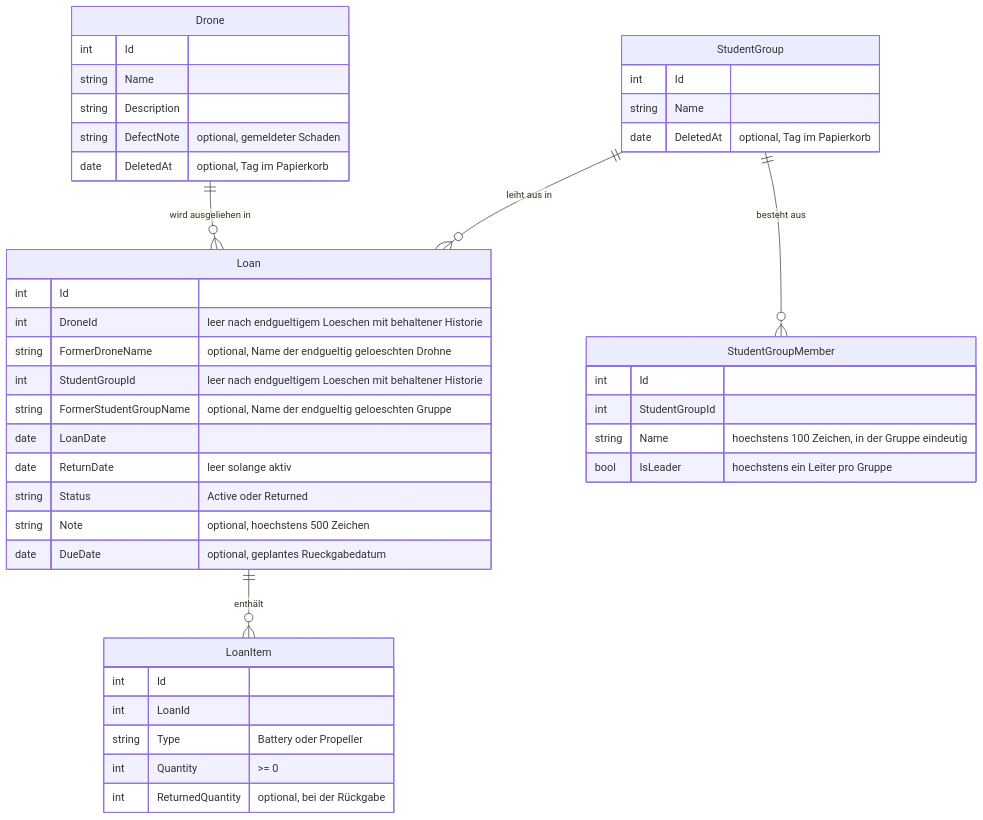
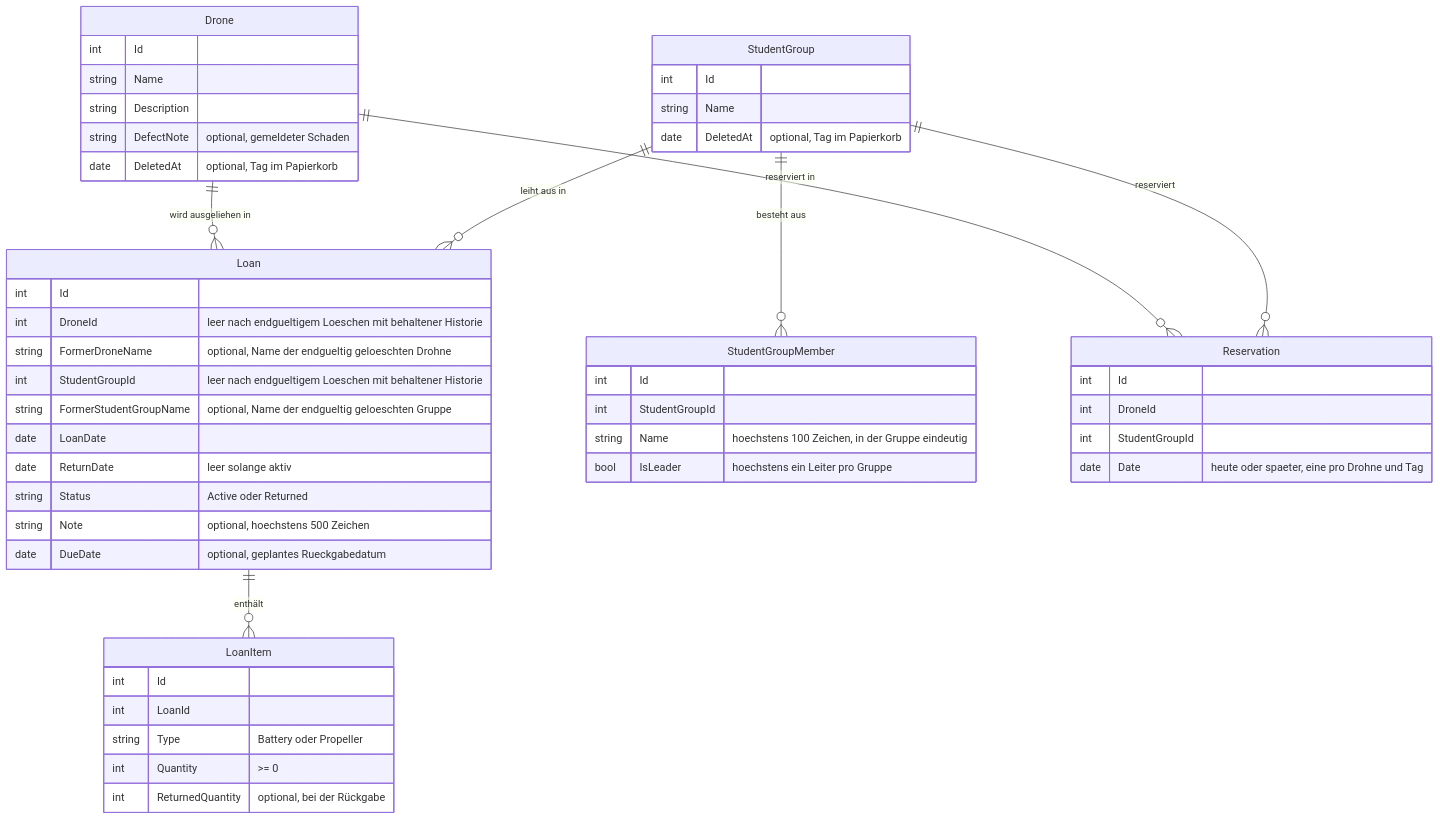
One commit to AntonGschwendtner/Drohnenverwaltung_Gschwendtner_Sonnleitner changed the diagram in docs/domain-model.md. Above: the diagram before and after it, drawn with Mermaid. The commit also changed other lines of this file and 5 other files, not shown here.

````diff
--- a/docs/domain-model.md
+++ b/docs/domain-model.md
@@ -22,45 +23,53 @@
 ```mermaid
 erDiagram
     Drone ||--o{ Loan : "wird ausgeliehen in"
     StudentGroup ||--o{ Loan : "leiht aus in"
     StudentGroup ||--o{ StudentGroupMember : "besteht aus"
+    Drone ||--o{ Reservation : "reserviert in"
+    StudentGroup ||--o{ Reservation : "reserviert"
     Loan ||--o{ LoanItem : "enthält"
 
     Drone {
         int Id
         string Name
         string Description
         string DefectNote "optional, gemeldeter Schaden"
         date DeletedAt "optional, Tag im Papierkorb"
     }
     StudentGroup {
         int Id
         string Name
         date DeletedAt "optional, Tag im Papierkorb"
+    }
+    Reservation {
+        int Id
+        int DroneId
+        int StudentGroupId
+        date Date "heute oder spaeter, eine pro Drohne und Tag"
     }
     StudentGroupMember {
         int Id
         int StudentGroupId
         string Name "hoechstens 100 Zeichen, in der Gruppe eindeutig"
         bool IsLeader "hoechstens ein Leiter pro Gruppe"
     }
     Loan {
         int Id
         int DroneId "leer nach endgueltigem Loeschen mit behaltener Historie"
         string FormerDroneName "optional, Name der endgueltig geloeschten Drohne"
         int StudentGroupId "leer nach endgueltigem Loeschen mit behaltener Historie"
         string FormerStudentGroupName "optional, Name der endgueltig geloeschten Gruppe"
         date LoanDate
         date ReturnDate "leer solange aktiv"
         string Status "Active oder Returned"
         string Note "optional, hoechstens 500 Zeichen"
         date DueDate "optional, geplantes Rueckgabedatum"
     }
     LoanItem {
         int Id
         int LoanId
         string Type "Battery oder Propeller"
         int Quantity ">= 0"
         int ReturnedQuantity "optional, bei der Rückgabe"
     }
 ```
````
